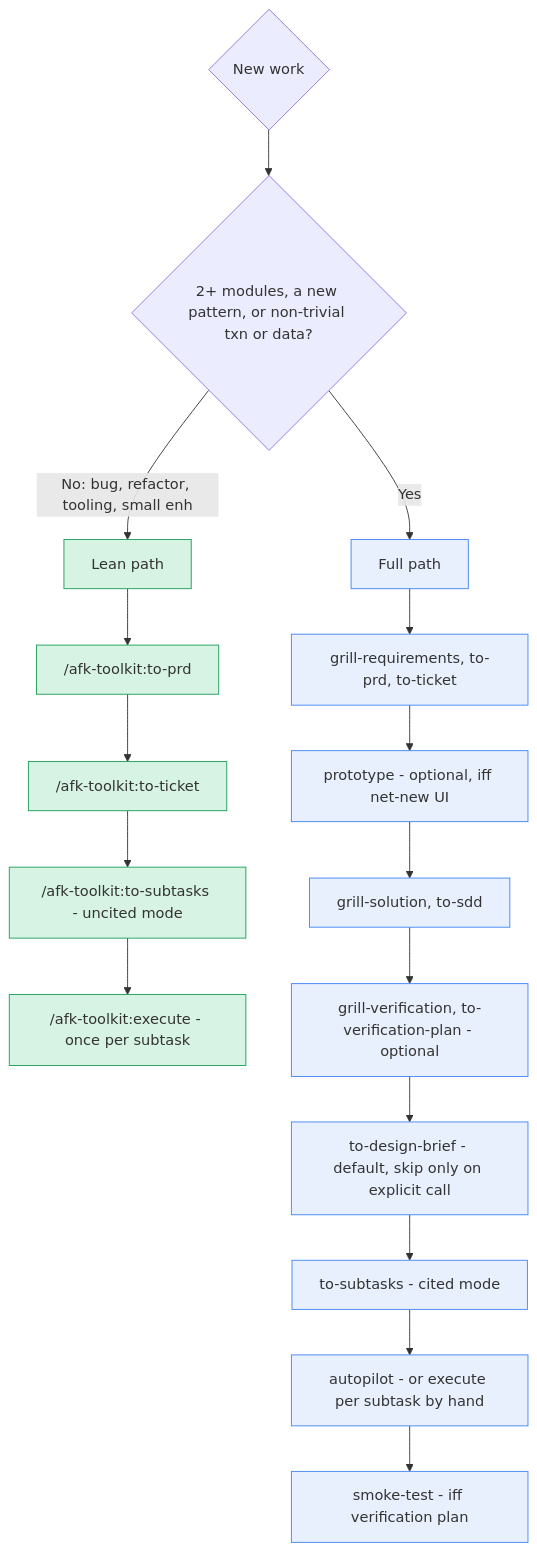
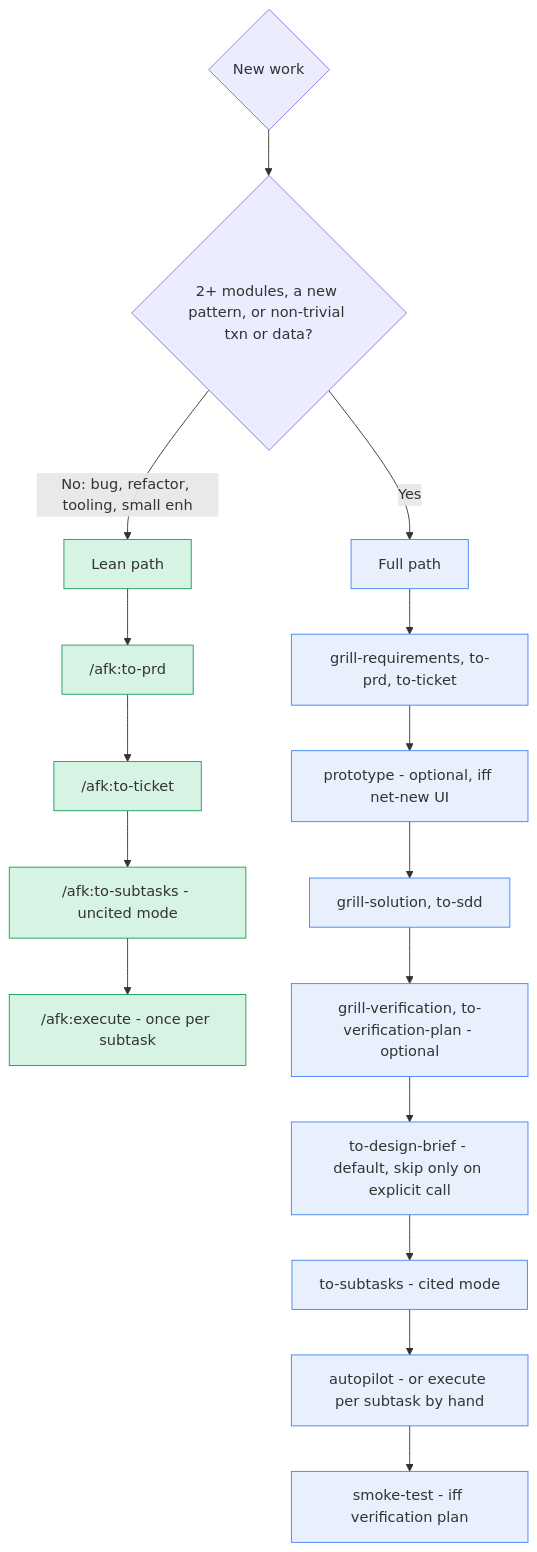
The fourth of 6 diagrams in README.md (midnightblur/afk-driver), drawn with Mermaid before and after one commit. The commit also changed other lines of this file and 102 other files, not shown here.

````diff
--- a/README.md
+++ b/README.md
@@ -382,25 +382,25 @@
 ```mermaid
 graph TD
     A{New work} --> B{2+ modules, a new pattern, or non-trivial txn or data?}
     B -->|No: bug, refactor, tooling, small enh| LEAN[Lean path]
     B -->|Yes| FULL[Full path]
 
-    LEAN --> L1["/afk-toolkit:to-prd"]
-    L1 --> L2["/afk-toolkit:to-ticket"]
-    L2 --> L3["/afk-toolkit:to-subtasks - uncited mode"]
-    L3 --> L4["/afk-toolkit:execute - once per subtask"]
+    LEAN --> L1["/afk:to-prd"]
+    L1 --> L2["/afk:to-ticket"]
+    L2 --> L3["/afk:to-subtasks - uncited mode"]
+    L3 --> L4["/afk:execute - once per subtask"]
 
     FULL --> F1["grill-requirements, to-prd, to-ticket"]
     F1 --> FP["prototype - optional, iff net-new UI"]
     FP --> F2["grill-solution, to-sdd"]
     F2 --> F3["grill-verification, to-verification-plan - optional"]
     F3 --> F4["to-design-brief - default, skip only on explicit call"]
     F4 --> F5["to-subtasks - cited mode"]
     F5 --> F6["autopilot - or execute per subtask by hand"]
     F6 --> F7["smoke-test - iff verification plan"]
 
     classDef lean fill:#d7f3e3,stroke:#1b9e58;
     classDef full fill:#e8f0fe,stroke:#4285f4;
     class LEAN,L1,L2,L3,L4 lean;
     class FULL,F1,FP,F2,F3,F4,F5,F6,F7 full;
 ```
````
